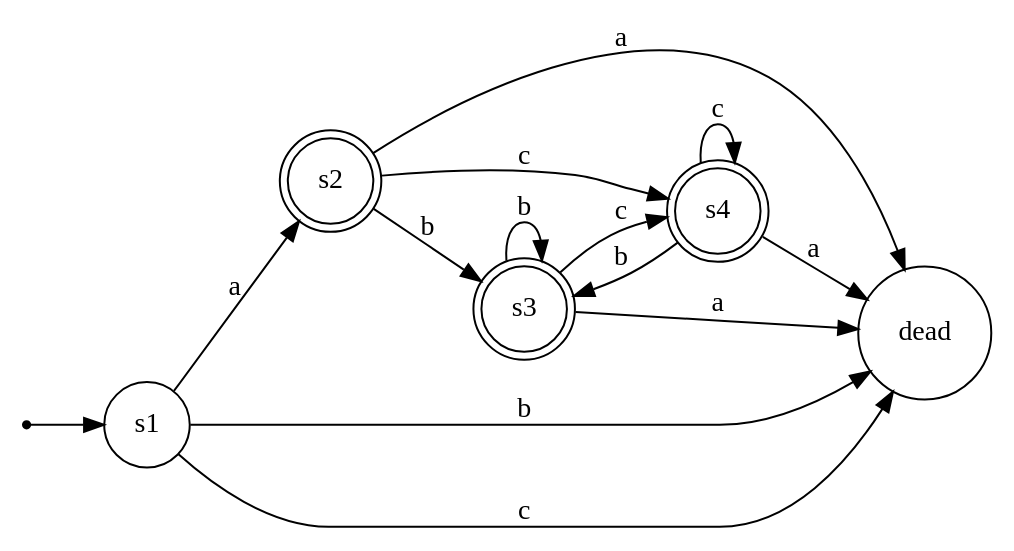
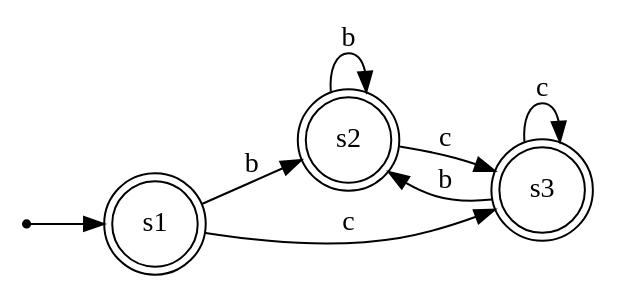
One commit to sauravatgithub-web/REGEX-to-Automata changed the diagram in dots/dfa.dot. Above: the diagram before and after it, drawn with Graphviz. The commit also changed 5 other files, not shown here.

```diff
--- a/dots/dfa.dot
+++ b/dots/dfa.dot
@@ -1,23 +1,16 @@
 digraph Automaton {
     rankdir=LR;
     node [shape=circle];
 
     __start__ [shape=point];
     __start__ -> s1;
+    s1 [shape=doublecircle];
     s2 [shape=doublecircle];
     s3 [shape=doublecircle];
-    s4 [shape=doublecircle];
-    s1 -> s2 [label="a"];
-    s1 -> s_dead [label="b"];
-    s1 -> s_dead [label="c"];
-    s2 -> s_dead [label="a"];
-    s2 -> s3 [label="b"];
-    s2 -> s4 [label="c"];
-    s3 -> s_dead [label="a"];
-    s3 -> s3 [label="b"];
-    s3 -> s4 [label="c"];
-    s4 -> s_dead [label="a"];
-    s4 -> s3 [label="b"];
-    s4 -> s4 [label="c"];
-    s_dead [label="dead"];
+    s1 -> s2 [label="b"];
+    s1 -> s3 [label="c"];
+    s2 -> s2 [label="b"];
+    s2 -> s3 [label="c"];
+    s3 -> s2 [label="b"];
+    s3 -> s3 [label="c"];
 }
```
